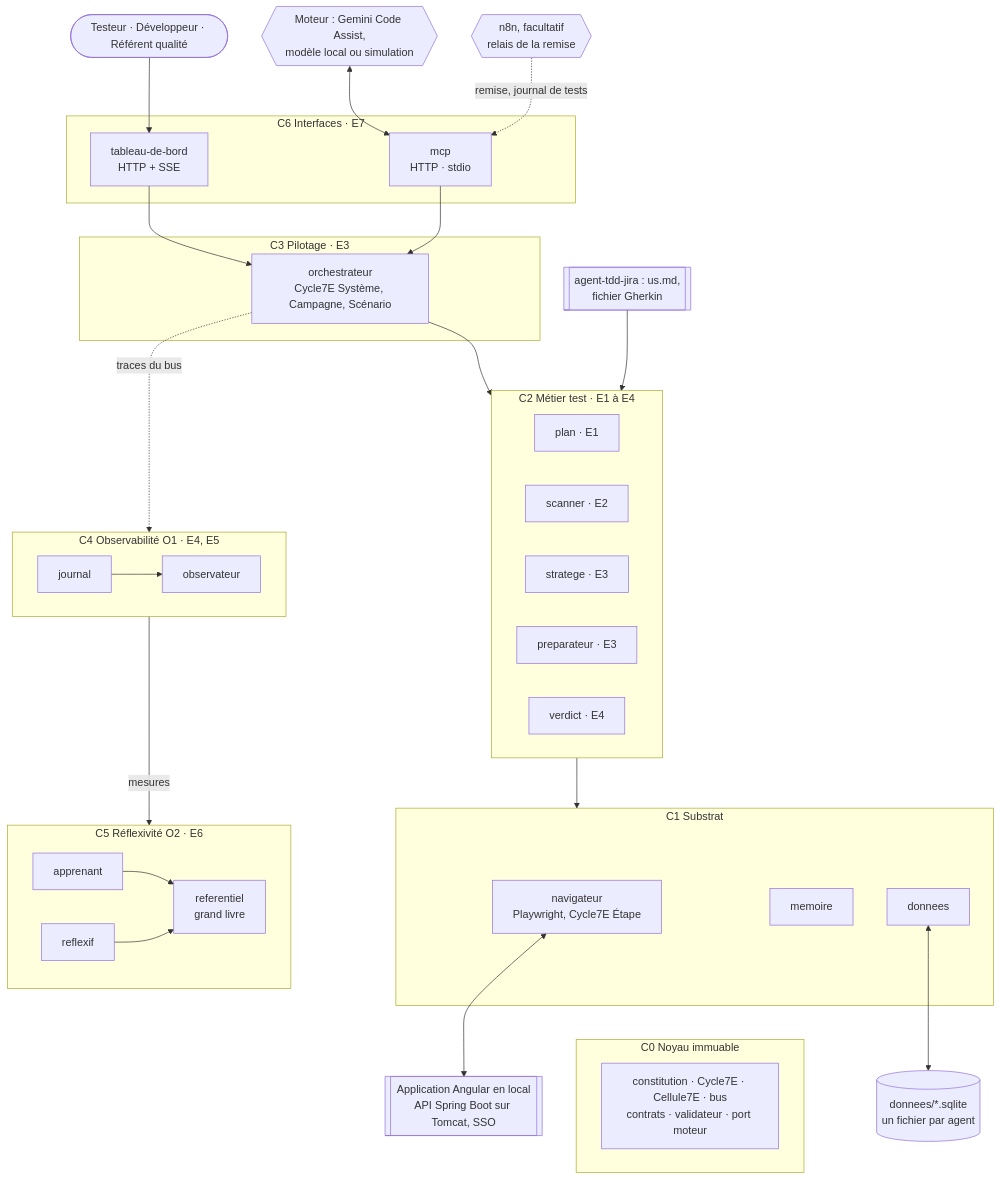
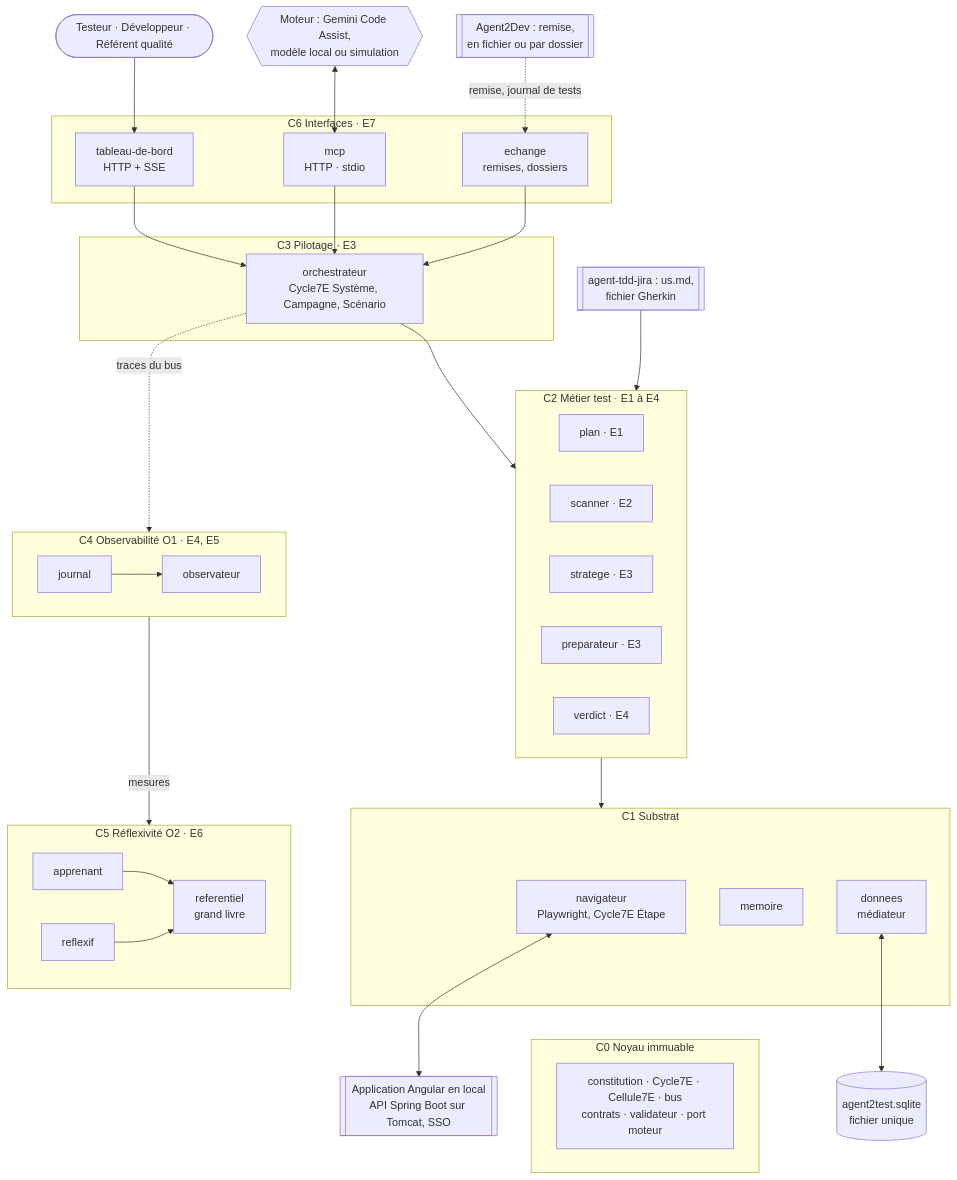
Before and after one commit to FredGarcia/Agent2Prompt: the diagram in specs/agent2test/SKILL.md, drawn with Mermaid. The commit also changed other lines of this file and 48 other files, not shown here.

````diff
--- a/specs/agent2test/SKILL.md
+++ b/specs/agent2test/SKILL.md
@@ -64,52 +64,54 @@
 ```mermaid
 flowchart TB
   HUM(["Testeur · Développeur · Référent qualité"])
   GEM{{"Moteur : Gemini Code Assist,<br/>modèle local ou simulation"}}
   TDD[["agent-tdd-jira : us.md,<br/>fichier Gherkin"]]
-  REL{{"n8n, facultatif<br/>relais de la remise"}}
+  A2D[["Agent2Dev : remise,<br/>en fichier ou par dossier"]]
   subgraph C6["C6 Interfaces · E7"]
     TDB["tableau-de-bord<br/>HTTP + SSE"]
     MCP["mcp<br/>HTTP · stdio"]
+    ECH["echange<br/>remises, dossiers"]
   end
   subgraph C3["C3 Pilotage · E3"]
     ORC["orchestrateur<br/>Cycle7E Système, Campagne, Scénario"]
   end
   subgraph C2["C2 Métier test · E1 à E4"]
     direction LR
     PLA["plan · E1"]
     SCA["scanner · E2"]
     STR["stratege · E3"]
     PRE["preparateur · E3"]
     VER["verdict · E4"]
   end
   subgraph C1["C1 Substrat"]
     NAV["navigateur<br/>Playwright, Cycle7E Étape"]
     MEM["memoire"]
-    DON["donnees"]
+    DON["donnees<br/>médiateur"]
   end
   subgraph C0["C0 Noyau immuable"]
     K["constitution · Cycle7E · Cellule7E · bus<br/>contrats · validateur · port moteur"]
   end
   subgraph C4["C4 Observabilité O1 · E4, E5"]
     JRN["journal"] --> OBS["observateur"]
   end
   subgraph C5["C5 Réflexivité O2 · E6"]
     APP["apprenant"] --> REF["referentiel<br/>grand livre"]
     RFX["reflexif"] --> REF
   end
   APPLI[["Application Angular en local<br/>API Spring Boot sur Tomcat, SSO"]]
-  BDD[("donnees/*.sqlite<br/>un fichier par agent")]
+  BDD[("agent2test.sqlite<br/>fichier unique")]
   HUM --> TDB
   GEM <--> MCP
-  REL -.->|"remise, journal de tests"| MCP
+  A2D -.->|"remise, journal de tests"| ECH
   TDD --> PLA
   TDB --> ORC
   MCP --> ORC
+  ECH --> ORC
   ORC --> C2
   C2 --> C1
   C1 ~~~ C0
   NAV <--> APPLI
   DON <--> BDD
   ORC -.->|"traces du bus"| C4
   C4 -->|"mesures"| C5
 ```
````
